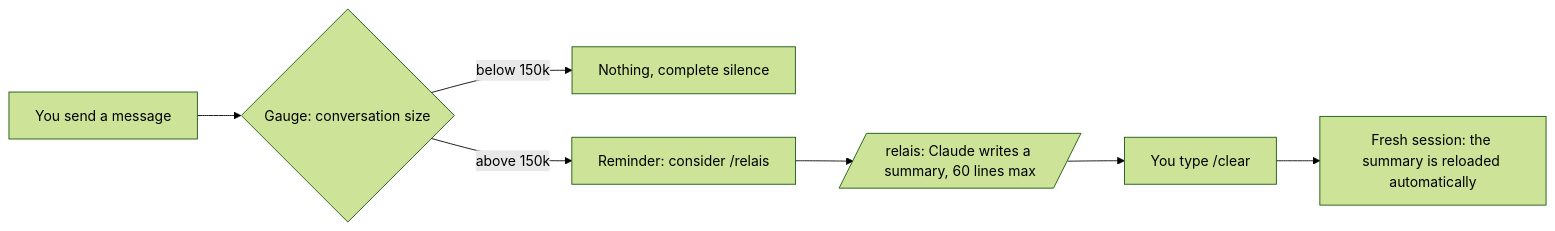
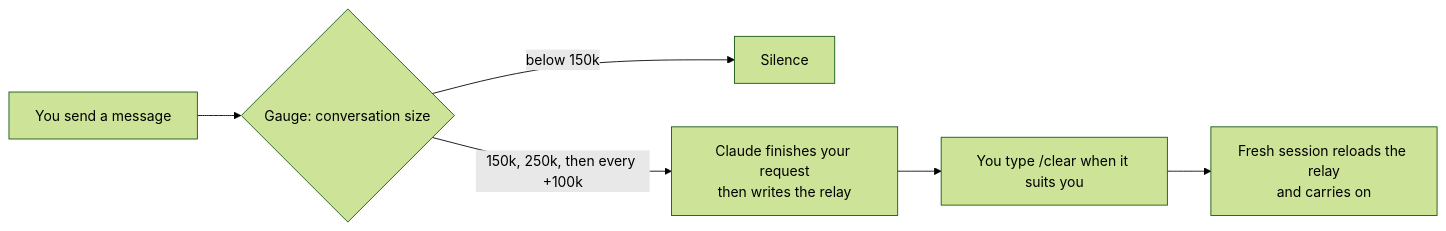
The diagram in README.md (nathangerardeaux/claude-relais), drawn with Mermaid (forest theme) before and after one commit. The commit also changed other lines of this file and 90 other files, not shown here.

````diff
--- a/README.md
+++ b/README.md
@@ -72,9 +113,8 @@
 ```mermaid
 graph LR
   A[You send a message] --> B{Gauge: conversation size}
-  B -->|below 150k| C[Nothing, complete silence]
-  B -->|above 150k| D[Reminder: consider /relais]
-  D --> E[/relais: Claude writes a summary, 60 lines max/]
-  E --> F[You type /clear]
-  F --> G[Fresh session: the summary is reloaded automatically]
+  B -->|below 150k| C[Silence]
+  B -->|150k, 250k, then every +100k| D[Claude finishes your request<br/>then writes the relay]
+  D --> E[You type /clear when it suits you]
+  E --> F[Fresh session reloads the relay<br/>and carries on]
 ```
````
